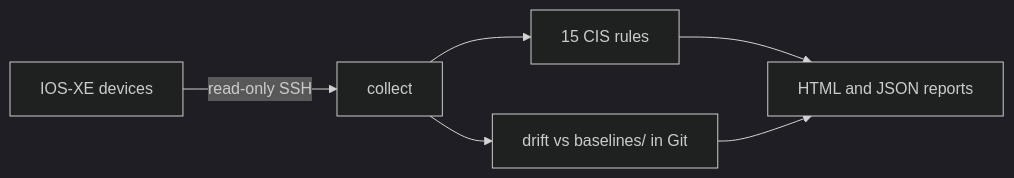
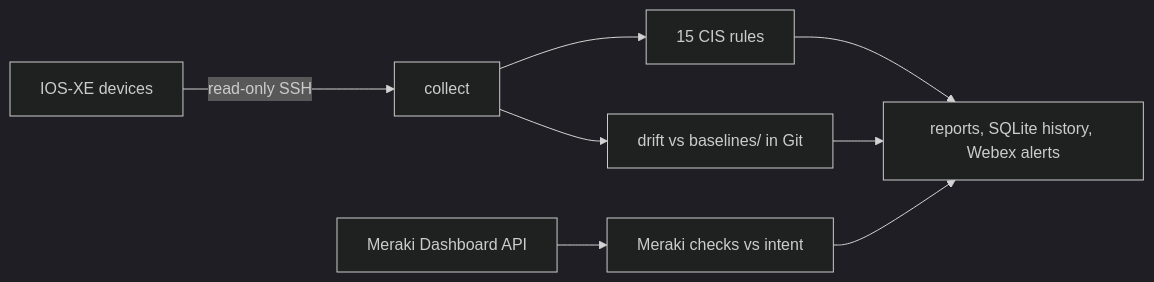
One commit to mumer-net/configsentry changed the diagram in README.md. Above: the diagram before and after it, drawn with Mermaid (dark theme). The commit also changed other lines of this file and 4 other files, not shown here.

````diff
--- a/README.md
+++ b/README.md
@@ -28,8 +29,10 @@
 ```mermaid
 flowchart LR
   D[IOS-XE devices] -->|read-only SSH| C[collect]
   C --> R[15 CIS rules]
   C --> DR[drift vs baselines/ in Git]
-  R --> O[HTML and JSON reports]
+  M[Meraki Dashboard API] --> MC[Meraki checks vs intent]
+  R --> O[reports, SQLite history, Webex alerts]
   DR --> O
+  MC --> O
 ```
````
